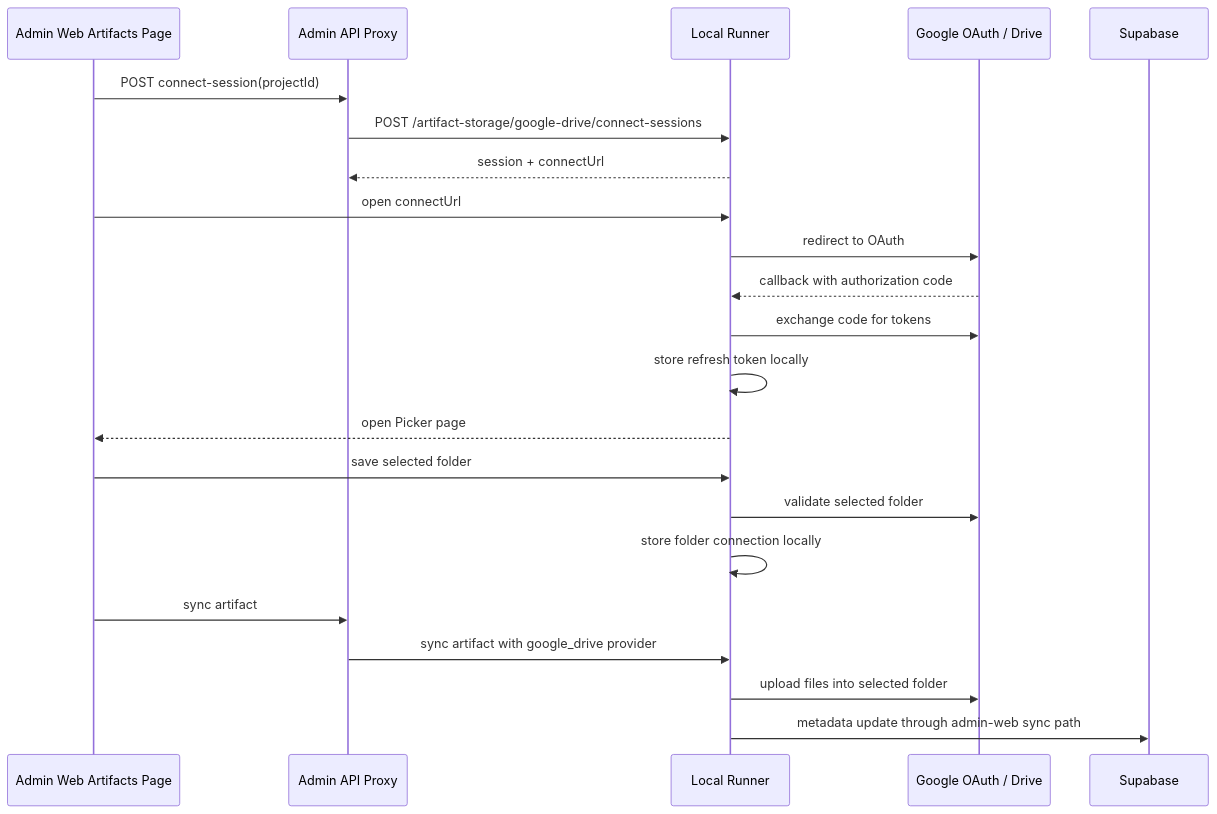
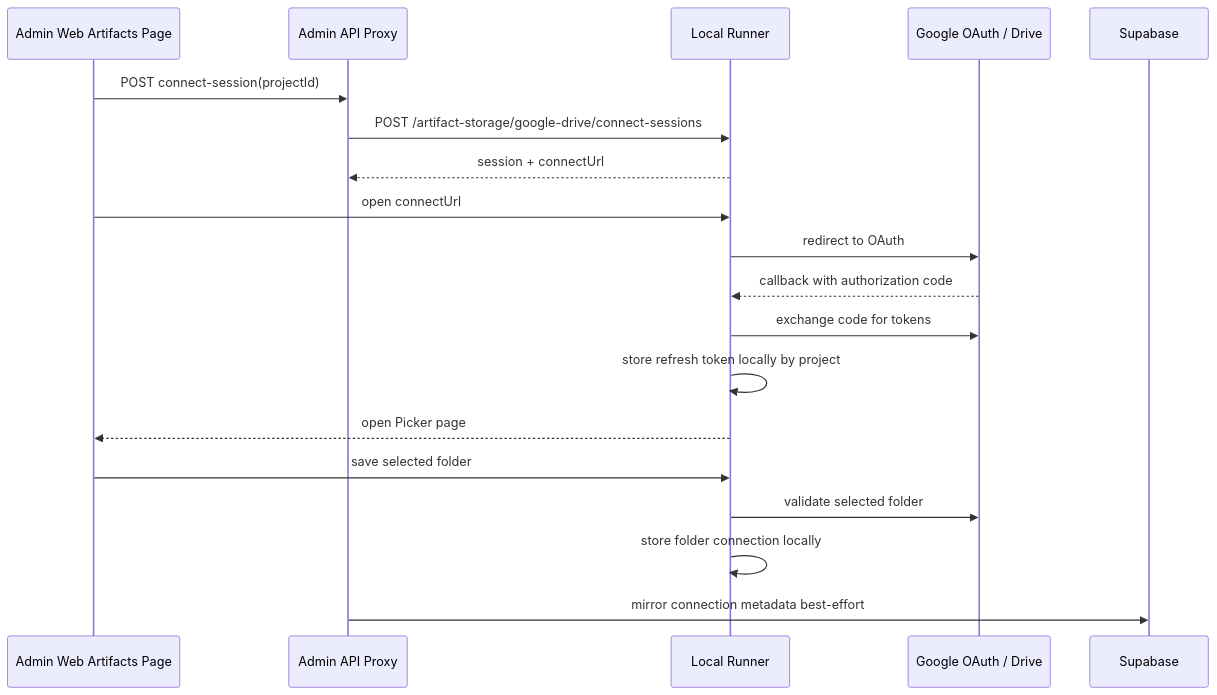
The first of 2 diagrams in requirements/08-Task/inprogress/Task-023-Sync-Artifact-With-Google.md (dattien96/flowpilot), drawn with Mermaid before and after one commit. The commit also changed other lines of this file, not shown here.

Commit message:
[Docs] Task 23 artifact sync update

````diff
--- a/requirements/08-Task/inprogress/Task-023-Sync-Artifact-With-Google.md
+++ b/requirements/08-Task/inprogress/Task-023-Sync-Artifact-With-Google.md
@@ -85,25 +157,22 @@
 ```mermaid
 sequenceDiagram
   participant UI as Admin Web Artifacts Page
   participant API as Admin API Proxy
   participant Runner as Local Runner
   participant Google as Google OAuth / Drive
   participant DB as Supabase
 
   UI->>API: POST connect-session(projectId)
   API->>Runner: POST /artifact-storage/google-drive/connect-sessions
   Runner-->>API: session + connectUrl
   UI->>Runner: open connectUrl
   Runner->>Google: redirect to OAuth
   Google-->>Runner: callback with authorization code
   Runner->>Google: exchange code for tokens
-  Runner->>Runner: store refresh token locally
+  Runner->>Runner: store refresh token locally by project
   Runner-->>UI: open Picker page
   UI->>Runner: save selected folder
   Runner->>Google: validate selected folder
   Runner->>Runner: store folder connection locally
-  UI->>API: sync artifact
-  API->>Runner: sync artifact with google_drive provider
-  Runner->>Google: upload files into selected folder
-  Runner->>DB: metadata update through admin-web sync path
+  API->>DB: mirror connection metadata best-effort
 ```
````
